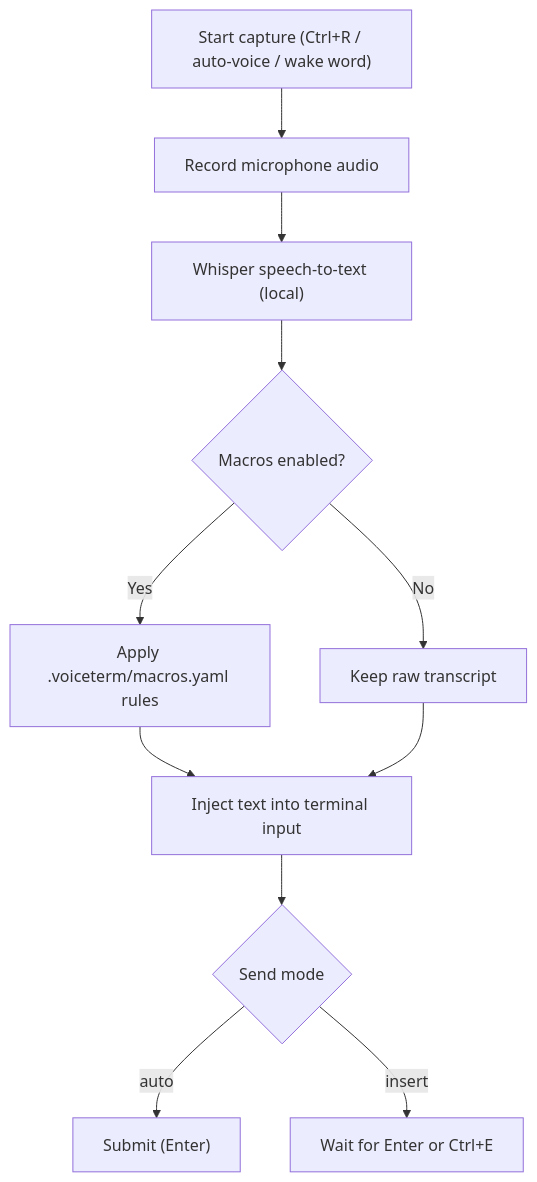
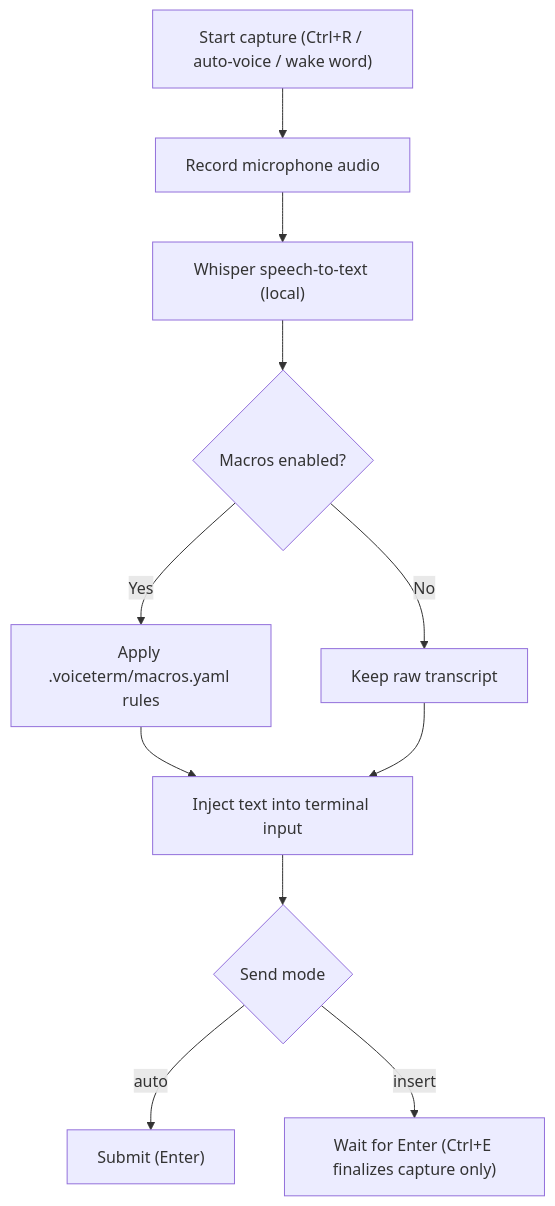
One commit to jguida941/voiceterm changed the diagram in guides/USAGE.md. Above: the diagram before and after it, drawn with Mermaid. The commit also changed other lines of this file and 19 other files, not shown here.

````diff
--- a/guides/USAGE.md
+++ b/guides/USAGE.md
@@ -66,13 +66,13 @@
 ```mermaid
 flowchart TD
     A["Start capture (Ctrl+R / auto-voice / wake word)"] --> B["Record microphone audio"]
     B --> C["Whisper speech-to-text (local)"]
     C --> D{"Macros enabled?"}
     D -->|Yes| E["Apply .voiceterm/macros.yaml rules"]
     D -->|No| F["Keep raw transcript"]
     E --> G["Inject text into terminal input"]
     F --> G
     G --> H{"Send mode"}
     H -->|auto| I["Submit (Enter)"]
-    H -->|insert| J["Wait for Enter or Ctrl+E"]
+    H -->|insert| J["Wait for Enter (Ctrl+E finalizes capture only)"]
 ```
````
